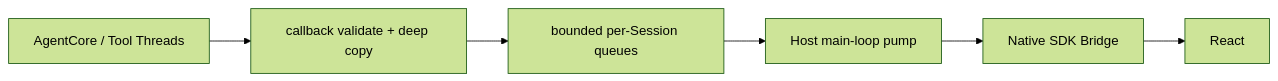
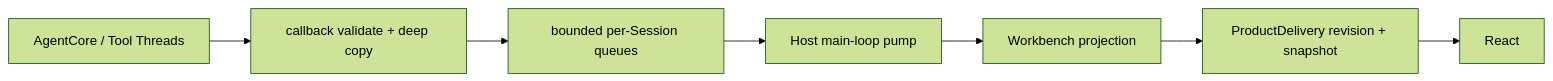
Before and after one commit to metask-ai/metawork: the diagram in docs/agentcore-integration.md, drawn with Mermaid (forest theme). The commit also changed other lines of this file and 39 other files, not shown here.

````diff
--- a/docs/agentcore-integration.md
+++ b/docs/agentcore-integration.md
@@ -292,11 +292,12 @@
 ```mermaid
 flowchart LR
     CORE["AgentCore / Tool Threads"]
     COPY["callback validate + deep copy"]
     QUEUE["bounded per-Session queues"]
     PUMP["Host main-loop pump"]
-    BRIDGE["Native SDK Bridge"]
+    PROJECT["Workbench projection"]
+    DELIVERY["ProductDelivery revision + snapshot"]
     UI["React"]
 
-    CORE --> COPY --> QUEUE --> PUMP --> BRIDGE --> UI
+    CORE --> COPY --> QUEUE --> PUMP --> PROJECT --> DELIVERY --> UI
 ```
````
